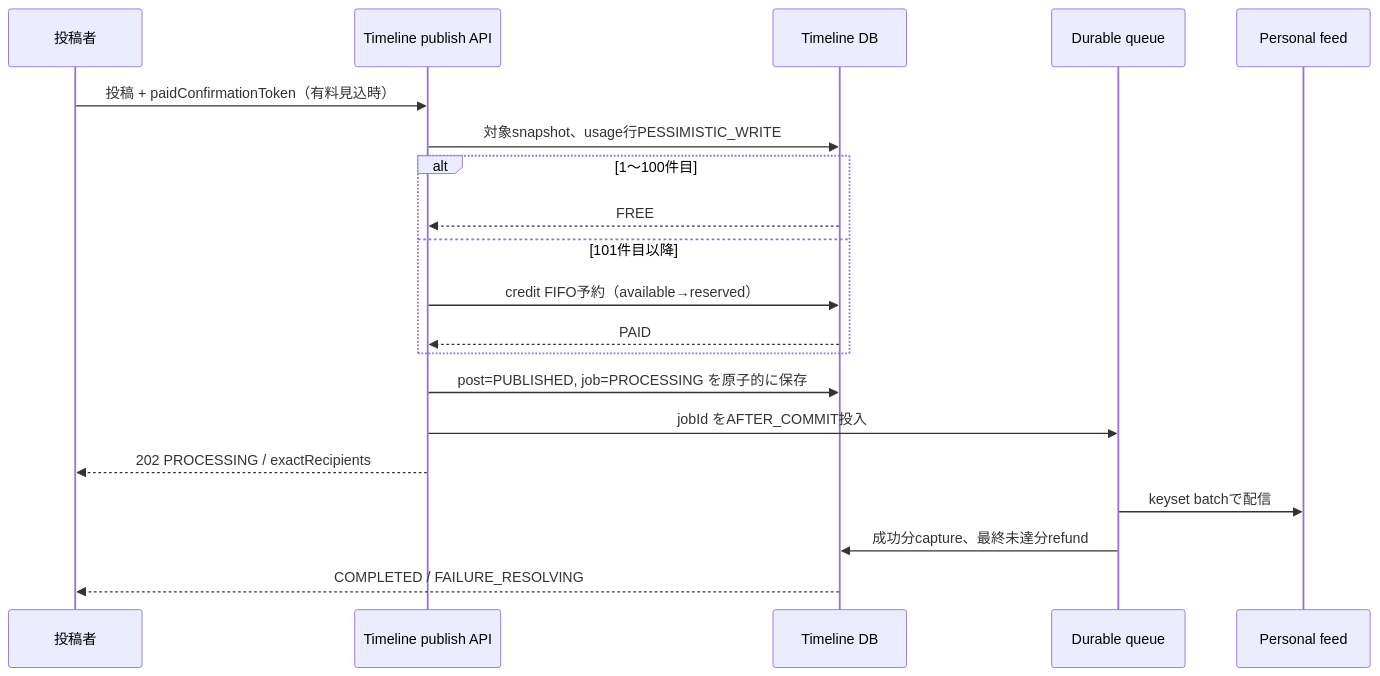
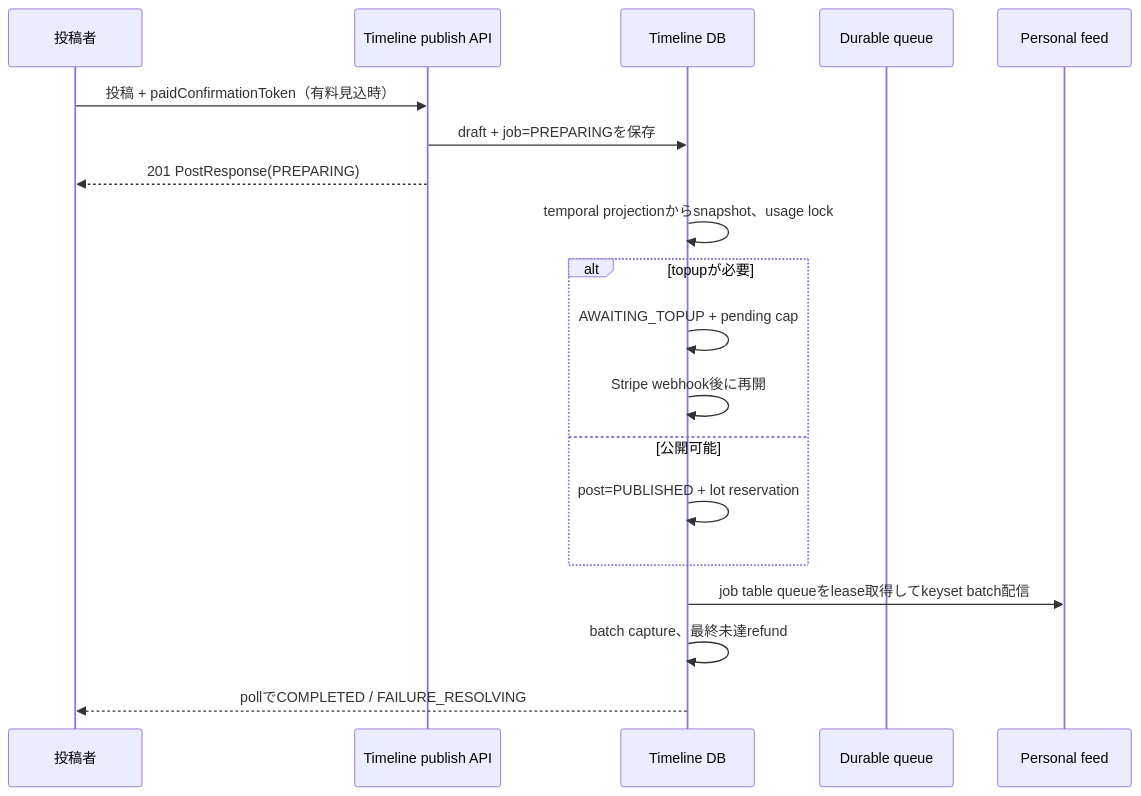
One commit to kenta-0420/mannschaft changed the diagram in docs/features/F09.14_timeline_delivery_prepaid_credits/README.md. Above: the diagram before and after it, drawn with Mermaid. The commit also changed other lines of this file and 5 other files, not shown here.

````diff
--- a/docs/features/F09.14_timeline_delivery_prepaid_credits/README.md
+++ b/docs/features/F09.14_timeline_delivery_prepaid_credits/README.md
@@ -31,22 +31,21 @@
 ```mermaid
 sequenceDiagram
     participant U as 投稿者
     participant API as Timeline publish API
     participant DB as Timeline DB
     participant Q as Durable queue
     participant F as Personal feed
     U->>API: 投稿 + paidConfirmationToken（有料見込時）
-    API->>DB: 対象snapshot、usage行PESSIMISTIC_WRITE
-    alt 1〜100件目
-        DB-->>API: FREE
-    else 101件目以降
-        API->>DB: credit FIFO予約（available→reserved）
-        DB-->>API: PAID
+    API->>DB: draft + job=PREPARINGを保存
+    API-->>U: 201 PostResponse(PREPARING)
+    DB->>DB: temporal projectionからsnapshot、usage lock
+    alt topupが必要
+        DB->>DB: AWAITING_TOPUP + pending cap
+        DB->>DB: Stripe webhook後に再開
+    else 公開可能
+        DB->>DB: post=PUBLISHED + lot reservation
     end
-    API->>DB: post=PUBLISHED, job=PROCESSING を原子的に保存
-    API->>Q: jobId をAFTER_COMMIT投入
-    API-->>U: 202 PROCESSING / exactRecipients
-    Q->>F: keyset batchで配信
-    Q->>DB: 成功分capture、最終未達分refund
-    DB-->>U: COMPLETED / FAILURE_RESOLVING
+    DB->>F: job table queueをlease取得してkeyset batch配信
+    DB->>DB: batch capture、最終未達refund
+    DB-->>U: pollでCOMPLETED / FAILURE_RESOLVING
 ```
````
